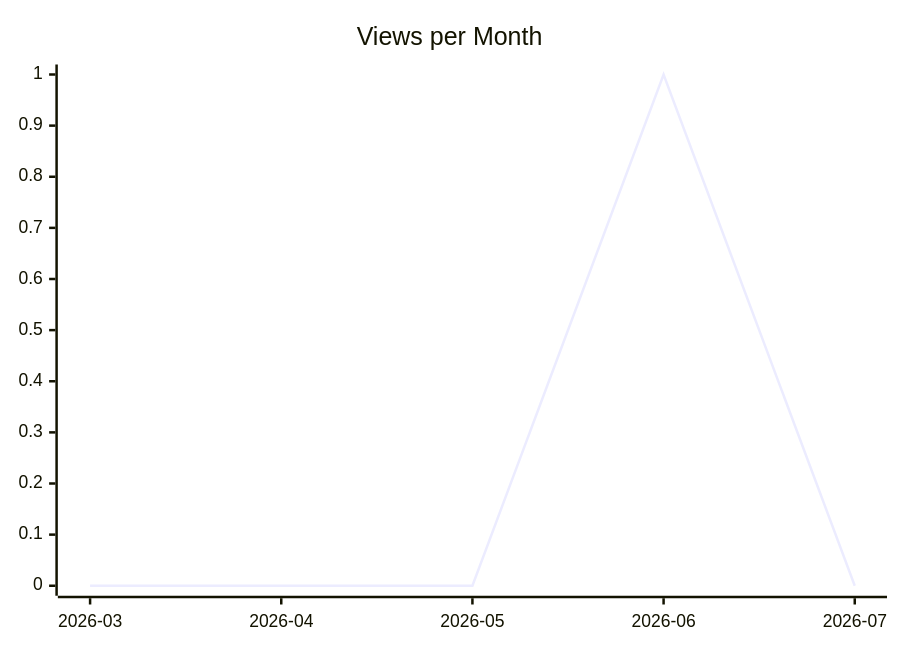
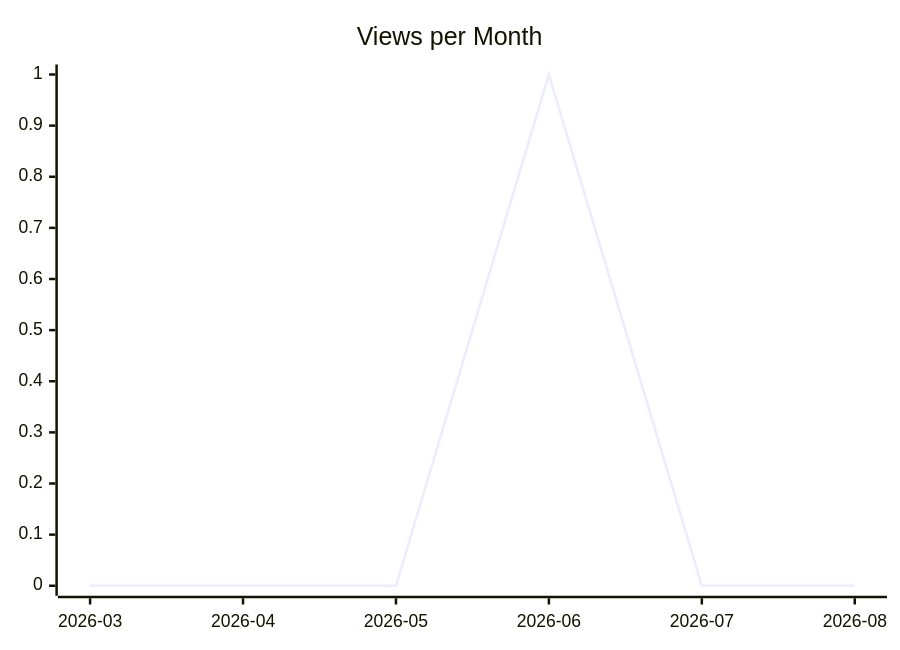
One commit to justdavis-family/github-analytics-data changed the second of 3 diagrams in karlmdavis/perfect-note/README.md. Above: the diagram before and after it, drawn with Mermaid. The commit also changed other lines of this file and 180 other files, not shown here.

````diff
--- a/karlmdavis/perfect-note/README.md
+++ b/karlmdavis/perfect-note/README.md
@@ -12,6 +12,6 @@
 ```mermaid
 xychart-beta
   title "Views per Month"
-  x-axis ["2026-03", "2026-04", "2026-05", "2026-06", "2026-07"]
-  line [0, 0, 0, 1, 0]
+  x-axis ["2026-03", "2026-04", "2026-05", "2026-06", "2026-07", "2026-08"]
+  line [0, 0, 0, 1, 0, 0]
 ```
````
